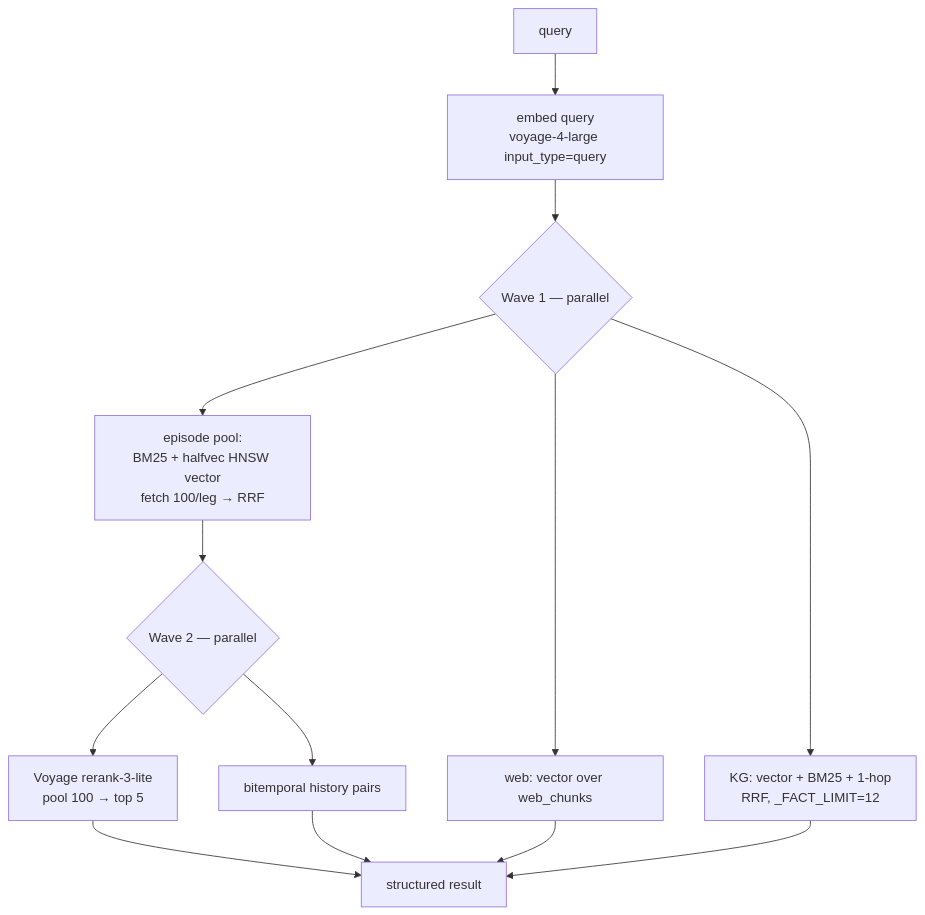
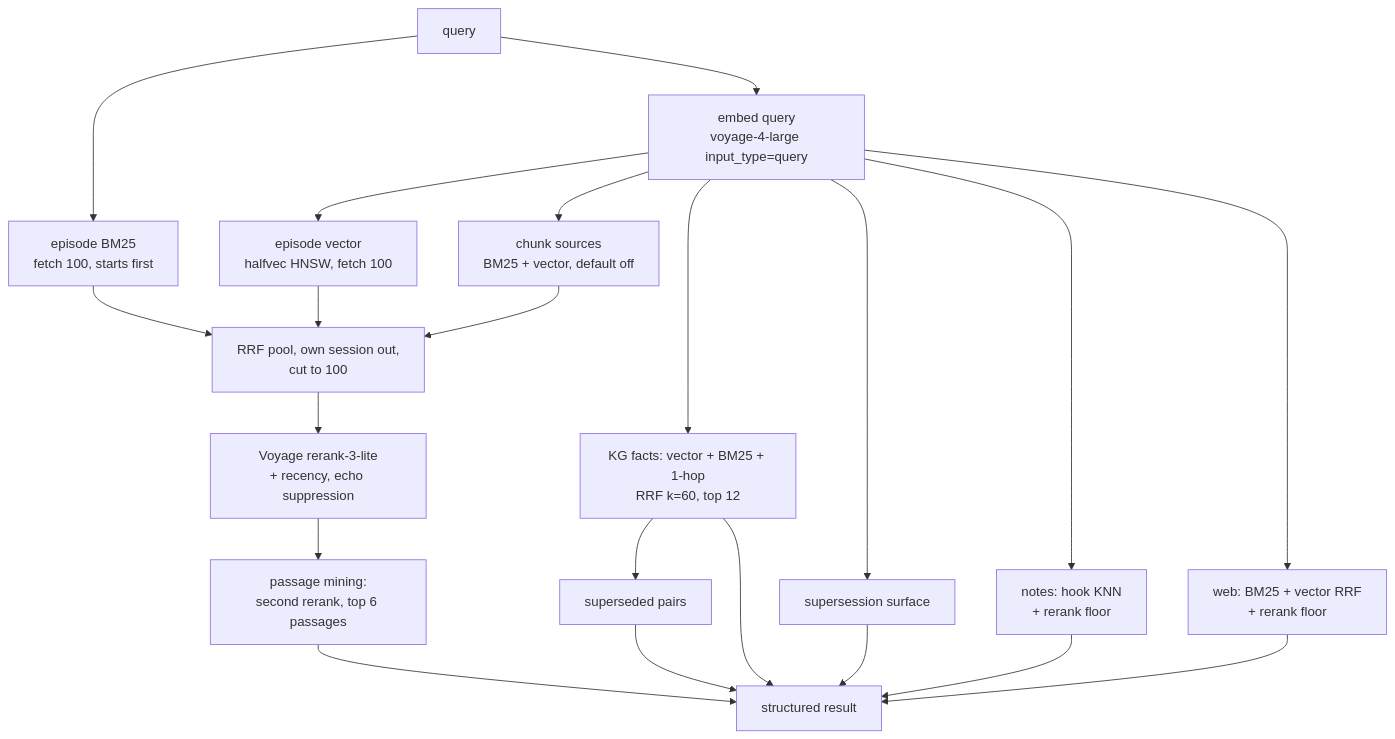
The fourth of 4 diagrams in ARCHITECTURE.md (kraft87/synapse), drawn with Mermaid before and after one commit. The commit also changed other lines of this file and 1 other file, not shown here.

First line of the commit message:
docs: ARCHITECTURE sections 4.2, 6, 7.3, 9, 11, 13 and 14 describe what the code does now (XC-24, recall-23, INFRA-21, asi-lanes-28)

````diff
--- a/ARCHITECTURE.md
+++ b/ARCHITECTURE.md
@@ -380,15 +382,23 @@
 ```mermaid
 flowchart TD
-    Q[query] --> EMB[embed query\nvoyage-4-large input_type=query]
-    EMB --> W1{Wave 1 — parallel}
-    W1 --> EP[episode pool:\nBM25 + halfvec HNSW vector\nfetch 100/leg → RRF]
-    W1 --> WEB[web: vector over web_chunks]
-    W1 --> KG[KG: vector + BM25 + 1-hop\nRRF, _FACT_LIMIT=12]
-    EP --> W2{Wave 2 — parallel}
-    W2 --> RR[Voyage rerank-3-lite\npool 100 → top 5]
-    W2 --> HIST[bitemporal history pairs]
-    RR --> OUT[structured result]
+    Q[query] --> BM[episode BM25\nfetch 100, starts first]
+    Q --> EMB[embed query\nvoyage-4-large input_type=query]
+    EMB --> VEC[episode vector\nhalfvec HNSW, fetch 100]
+    EMB --> CHK[chunk sources\nBM25 + vector, default off]
+    EMB --> KG[KG facts: vector + BM25 + 1-hop\nRRF k=60, top 12]
+    EMB --> SUP[supersession surface]
+    EMB --> NOTES[notes: hook KNN\n+ rerank floor]
+    EMB --> WEB[web: BM25 + vector RRF\n+ rerank floor]
+    BM --> POOL[RRF pool, own session out,\ncut to 100]
+    VEC --> POOL
+    CHK --> POOL
+    POOL --> RR[Voyage rerank-3-lite\n+ recency, echo suppression]
+    RR --> PASS[passage mining:\nsecond rerank, top 6 passages]
+    KG --> HIST[superseded pairs]
+    PASS --> OUT[structured result]
     KG --> OUT
+    SUP --> OUT
+    HIST --> OUT
+    NOTES --> OUT
     WEB --> OUT
-    HIST --> OUT
 ```
````
